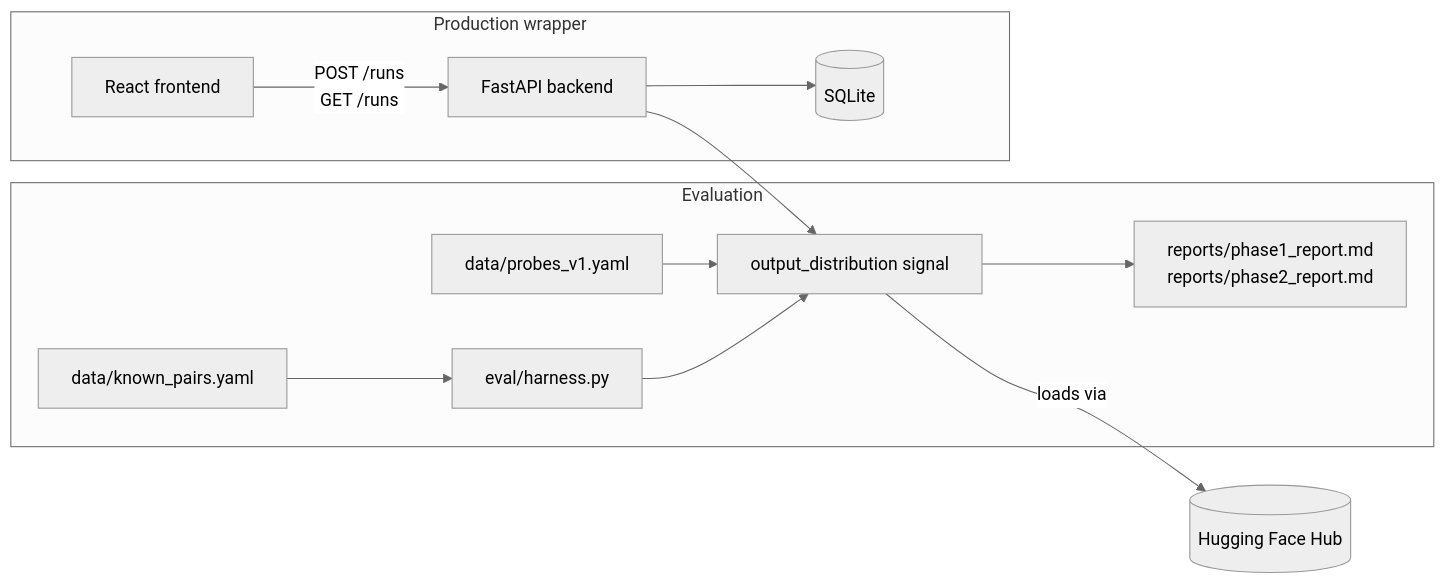
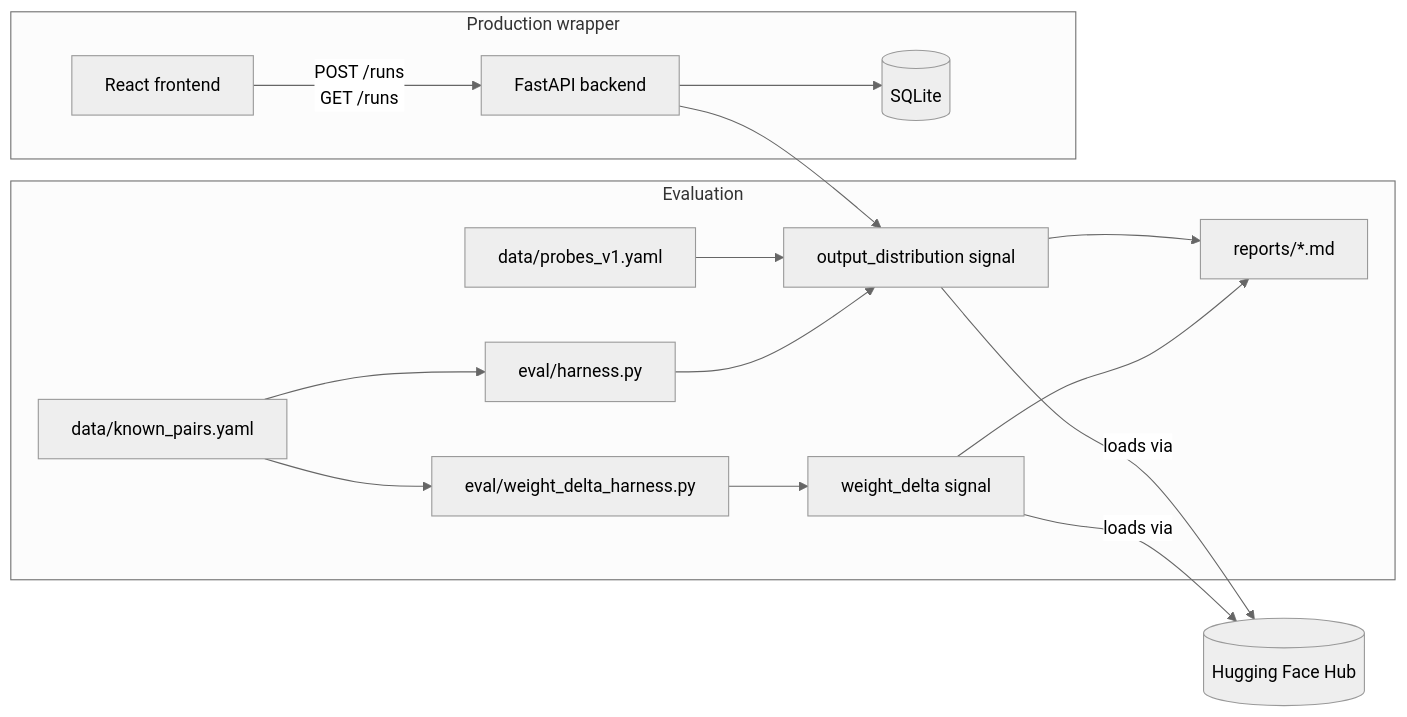
Before and after one commit to Annkkitaaa/model-provenance-verifier: the diagram in README.md, drawn with Mermaid (neutral theme). The commit also changed other lines of this file and 4 other files, not shown here.

````diff
--- a/README.md
+++ b/README.md
@@ -30,15 +48,19 @@
 ```mermaid
 flowchart LR
     subgraph Evaluation
         KP["data/known_pairs.yaml"] --> Harness["eval/harness.py"]
-        Probes["data/probes_v1.yaml"] --> Signal
-        Harness --> Signal["output_distribution signal"]
-        Signal --> Reports["reports/phase1_report.md\nreports/phase2_report.md"]
+        KP --> WDHarness["eval/weight_delta_harness.py"]
+        Probes["data/probes_v1.yaml"] --> OD
+        Harness --> OD["output_distribution signal"]
+        WDHarness --> WD["weight_delta signal"]
+        OD --> Reports["reports/*.md"]
+        WD --> Reports
     end
     subgraph "Production wrapper"
         UI["React frontend"] -->|"POST /runs\nGET /runs"| API["FastAPI backend"]
-        API --> Signal
+        API --> OD
         API --> DB[("SQLite")]
     end
-    Signal -->|loads via| HF[("Hugging Face Hub")]
+    OD -->|loads via| HF[("Hugging Face Hub")]
+    WD -->|loads via| HF
 ```
````
